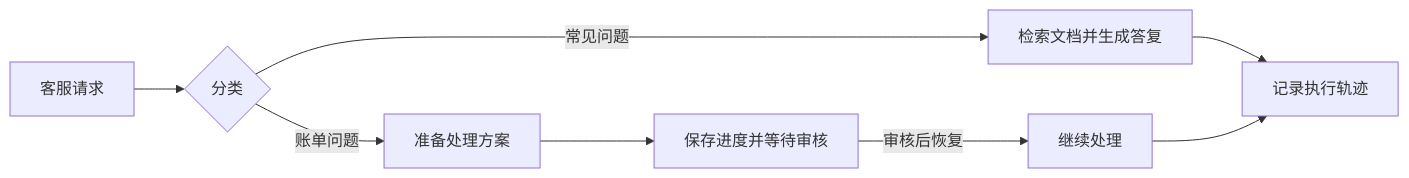
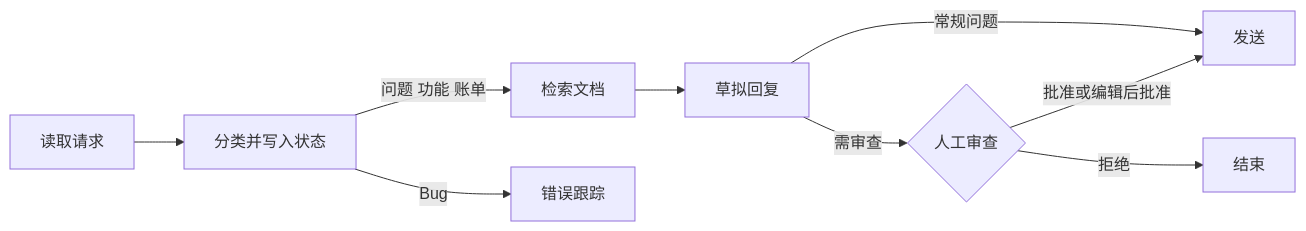
Before and after one commit to RoyceChase/cmu-ai-agents-study: the diagram in lessons/9a-orchestration-and-monitoring/notes.md, drawn with Mermaid. The commit also changed other lines of this file and 14 other files, not shown here.

````diff
--- a/lessons/9a-orchestration-and-monitoring/notes.md
+++ b/lessons/9a-orchestration-and-monitoring/notes.md
@@ -165,10 +21,11 @@
-```mermaid
+~~~mermaid
 flowchart LR
-    I[客服请求] --> C{分类}
-    C -->|常见问题| D[检索文档并生成答复]
-    C -->|账单问题| B[准备处理方案]
-    B --> S[保存进度并等待审核]
-    S -->|审核后恢复| E[继续处理]
-    D --> T[记录执行轨迹]
-    E --> T
-```
+    M[读取请求] --> C[分类并写入状态]
+    C -->|问题 功能 账单| S[检索文档]
+    C -->|Bug| B[错误跟踪]
+    S --> D[草拟回复]
+    D -->|需审查| H{人工审查}
+    D -->|常规问题| E[发送]
+    H -->|批准或编辑后批准| E
+    H -->|拒绝| X[结束]
+~~~
````
